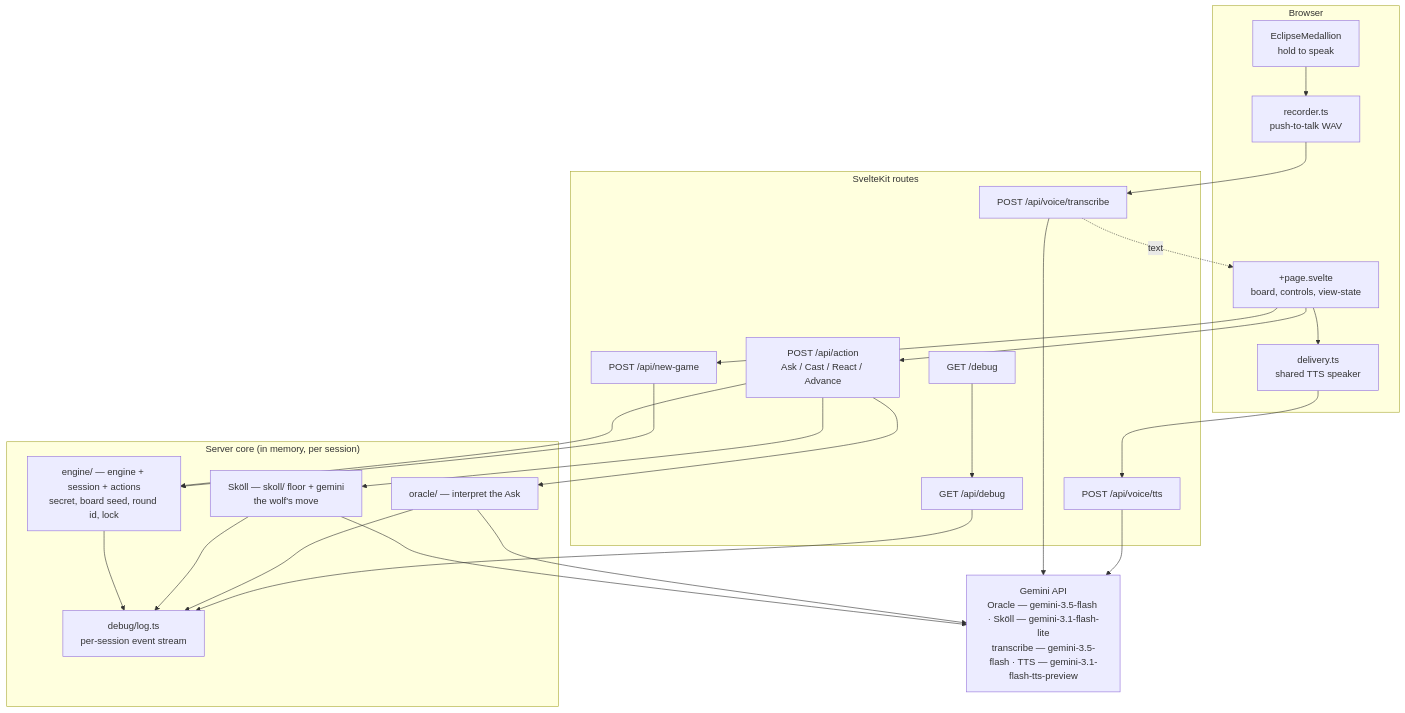
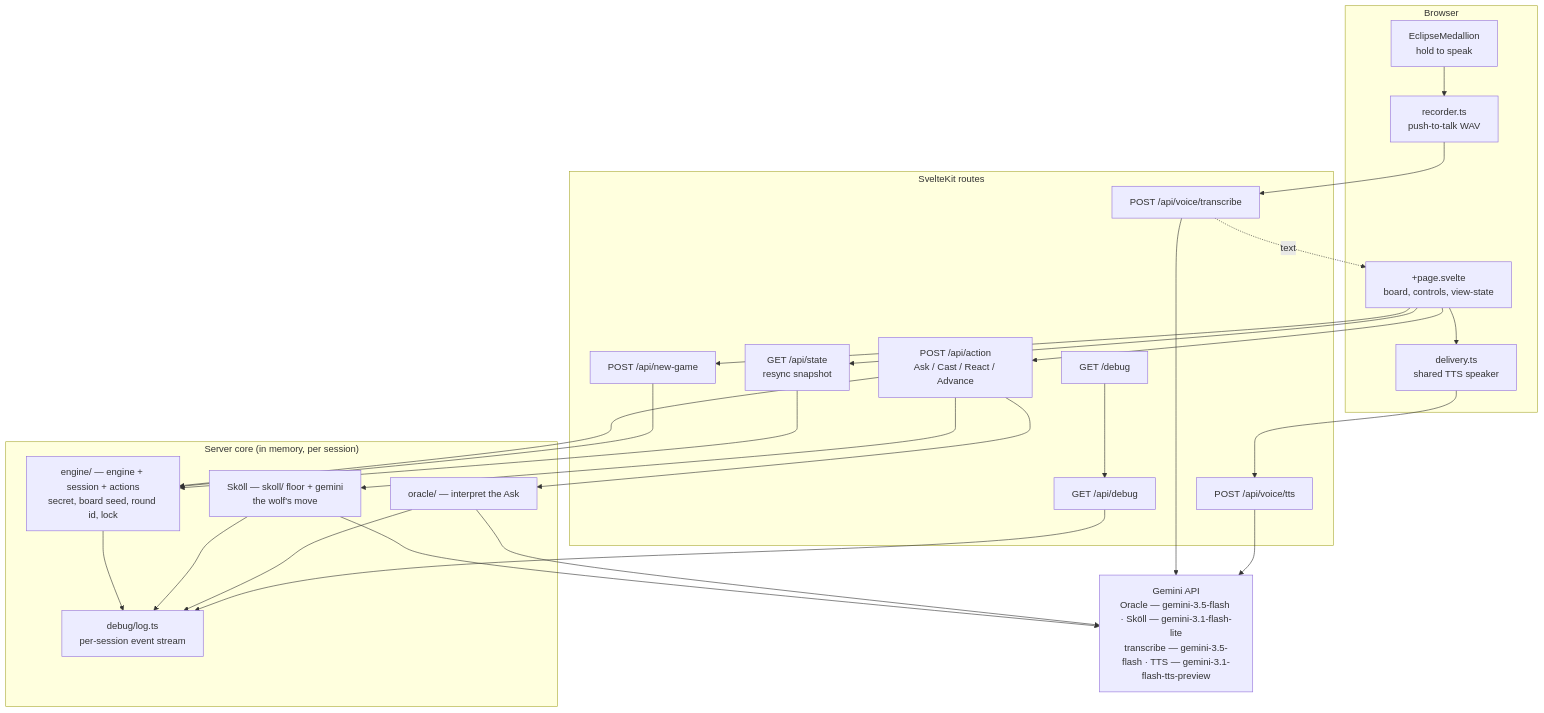
The first of 5 diagrams in docs/architecture.md (anchildress1/save-the-sun), drawn with Mermaid before and after one commit. The commit also changed other lines of this file and 73 other files, not shown here.

````diff
--- a/docs/architecture.md
+++ b/docs/architecture.md
@@ -15,53 +15,56 @@
 ```mermaid
 flowchart TB
     accTitle: Save the Sun system overview
     accDescr: The browser talks to SvelteKit routes, which call the in-memory server core and the Gemini API. The engine referees the round; Gemini interprets Asks, plays Sköll, transcribes push-to-talk audio, and voices the Oracle and Sköll.
 
     subgraph Browser["Browser"]
         Page["+page.svelte<br/>board, controls, view-state"]
         Rec["recorder.ts<br/>push-to-talk WAV"]
         Medallion["EclipseMedallion<br/>hold to speak"]
         Del["delivery.ts<br/>shared TTS speaker"]
     end
 
     subgraph Routes["SvelteKit routes"]
         Action["POST /api/action<br/>Ask / Cast / React / Advance"]
         NewGame["POST /api/new-game"]
+        State["GET /api/state<br/>resync snapshot"]
         Transcribe["POST /api/voice/transcribe"]
         TTS["POST /api/voice/tts"]
         Debug["GET /api/debug"]
         DebugPage["GET /debug"]
     end
 
     subgraph Core["Server core (in memory, per session)"]
         Engine["engine/ — engine + session + actions<br/>secret, board seed, round id, lock"]
         Sköll["Sköll — skoll/ floor + gemini<br/>the wolf's move"]
         Oracle["oracle/ — interpret the Ask"]
         Log["debug/log.ts<br/>per-session event stream"]
     end
 
     Gemini["Gemini API<br/>Oracle — gemini-3.5-flash · Sköll — gemini-3.1-flash-lite<br/>transcribe — gemini-3.5-flash · TTS — gemini-3.1-flash-tts-preview"]
 
     Page --> Action
     Page --> NewGame
+    Page --> State
     Medallion --> Rec
     Rec --> Transcribe
     Transcribe -.text.-> Page
     Page --> Del
     Del --> TTS
     DebugPage --> Debug
 
     Action --> Engine
     Action --> Sköll
     Action --> Oracle
     NewGame --> Engine
+    State --> Engine
     Transcribe --> Gemini
     TTS --> Gemini
     Sköll --> Gemini
     Oracle --> Gemini
 
     Engine --> Log
     Sköll --> Log
     Oracle --> Log
     Debug --> Log
 ```
````
